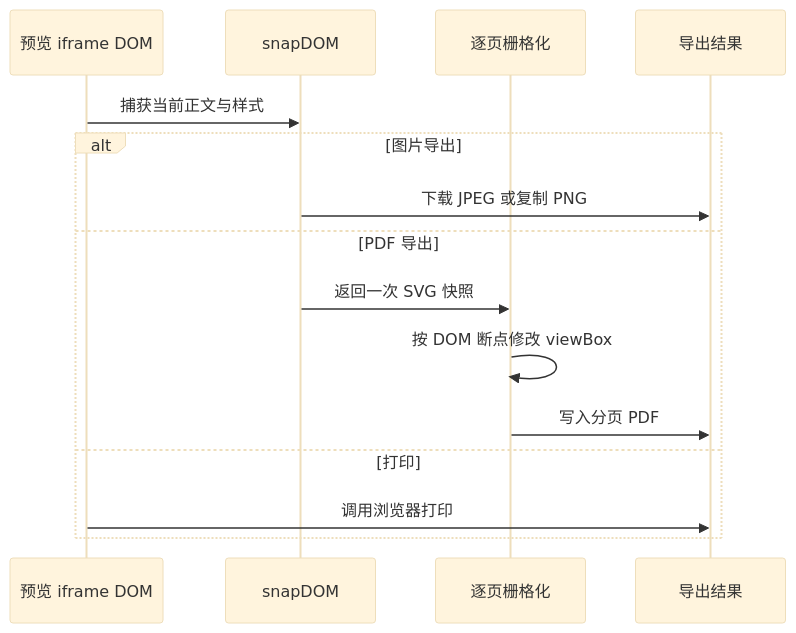
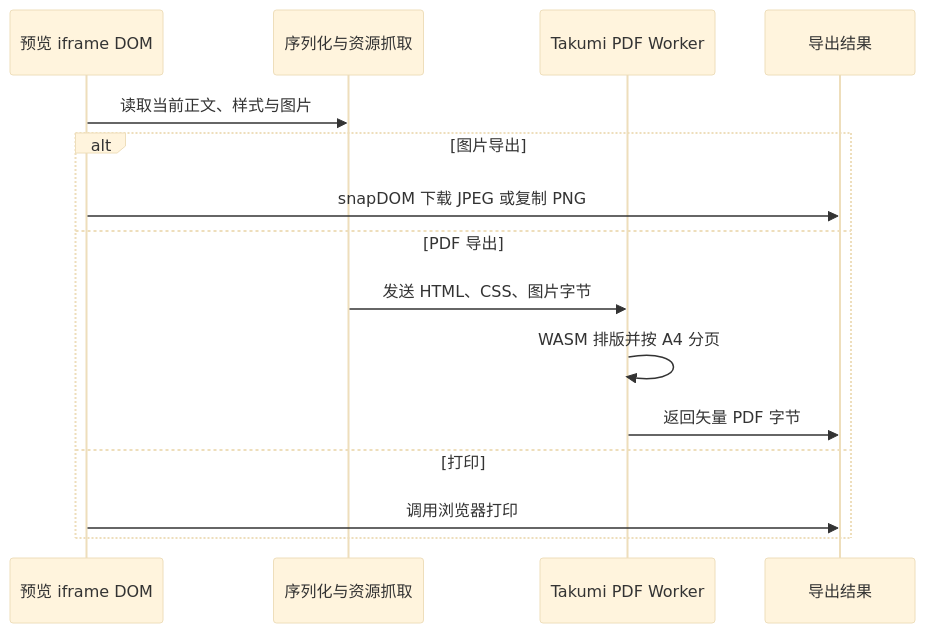
The diagram in upstream/docs/architecture.md (hopol/bm.md-bak), drawn with Mermaid (base theme) before and after one commit. The commit also changed other lines of this file and 77 other files, not shown here.

````diff
--- a/upstream/docs/architecture.md
+++ b/upstream/docs/architecture.md
@@ -118,17 +119,17 @@
 ```mermaid
 sequenceDiagram
   participant P as 预览 iframe DOM
-  participant S as snapDOM
-  participant R as 逐页栅格化
+  participant S as 序列化与资源抓取
+  participant R as Takumi PDF Worker
   participant O as 导出结果
-  P->>S: 捕获当前正文与样式
+  P->>S: 读取当前正文、样式与图片
   alt 图片导出
-    S->>O: 下载 JPEG 或复制 PNG
+    P->>O: snapDOM 下载 JPEG 或复制 PNG
   else PDF 导出
-    S->>R: 返回一次 SVG 快照
-    R->>R: 按 DOM 断点修改 viewBox
-    R->>O: 写入分页 PDF
+    S->>R: 发送 HTML、CSS、图片字节
+    R->>R: WASM 排版并按 A4 分页
+    R->>O: 返回矢量 PDF 字节
   else 打印
     P->>O: 调用浏览器打印
   end
 ```
````
